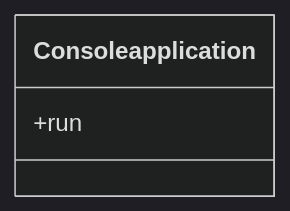
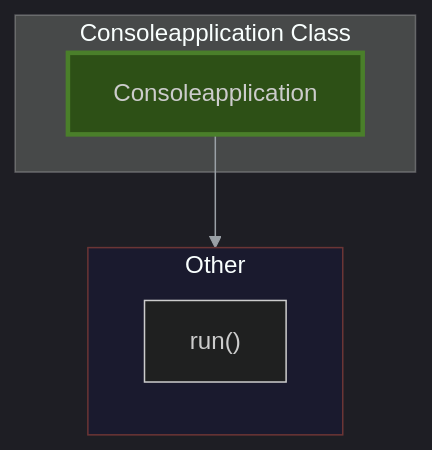
The diagram in docs/authoring/01_core/api/cpp/framework/diagrams/consoleapplication.mmd (lukaszj321/otcv8-dev), drawn with Mermaid before and after one commit. The commit also changed 189 other files, not shown here.

Commit message:
refactor: redesign all diagrams with proper structure and categorization

```diff
--- a/docs/authoring/01_core/api/cpp/framework/diagrams/consoleapplication.mmd
+++ b/docs/authoring/01_core/api/cpp/framework/diagrams/consoleapplication.mmd
@@ -1,5 +1,14 @@
 %%{init: {'theme':'dark','themeVariables': {'primaryTextColor':'#ddd','lineColor':'#9aa0a6'},'securityLevel':'loose'}}%%
-classDiagram
-    class Consoleapplication {
-        +run
-    }
+graph TB
+    subgraph Class["Consoleapplication Class"]
+        MAIN["Consoleapplication"]
+    end
+    
+    subgraph Other["Other"]
+        Other_0["run()"]
+    end
+
+    MAIN --> Other
+
+    style MAIN fill:#2d5016,stroke:#4a7f2a,stroke-width:3px
+    style Other fill:#1a1a2e,stroke:#6b3535
```
